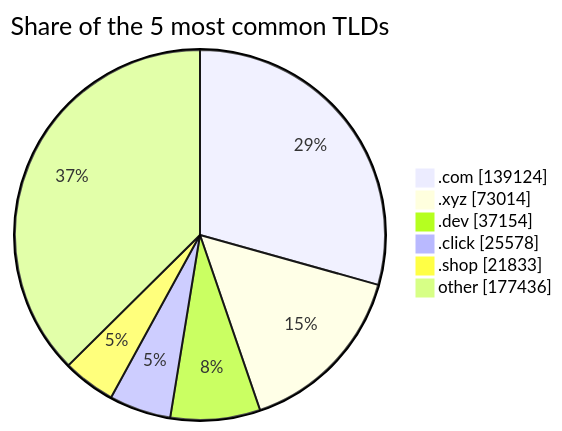
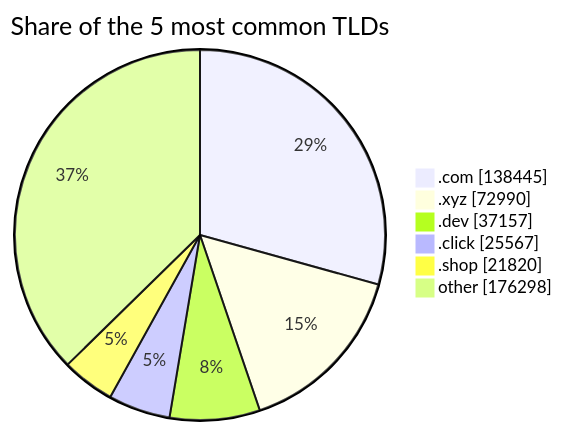
The third of 3 diagrams in README.md (DNSBunker/CTI), drawn with Mermaid before and after one commit. The commit also changed other lines of this file and 3 other files, not shown here.

````diff
--- a/README.md
+++ b/README.md
@@ -81,9 +81,9 @@
 ```mermaid
 pie showData title Share of the 5 most common TLDs
-    ".com" : 139124
-    ".xyz" : 73014
-    ".dev" : 37154
-    ".click" : 25578
-    ".shop" : 21833
-    "other" : 177436
+    ".com" : 138445
+    ".xyz" : 72990
+    ".dev" : 37157
+    ".click" : 25567
+    ".shop" : 21820
+    "other" : 176298
 ```
````
